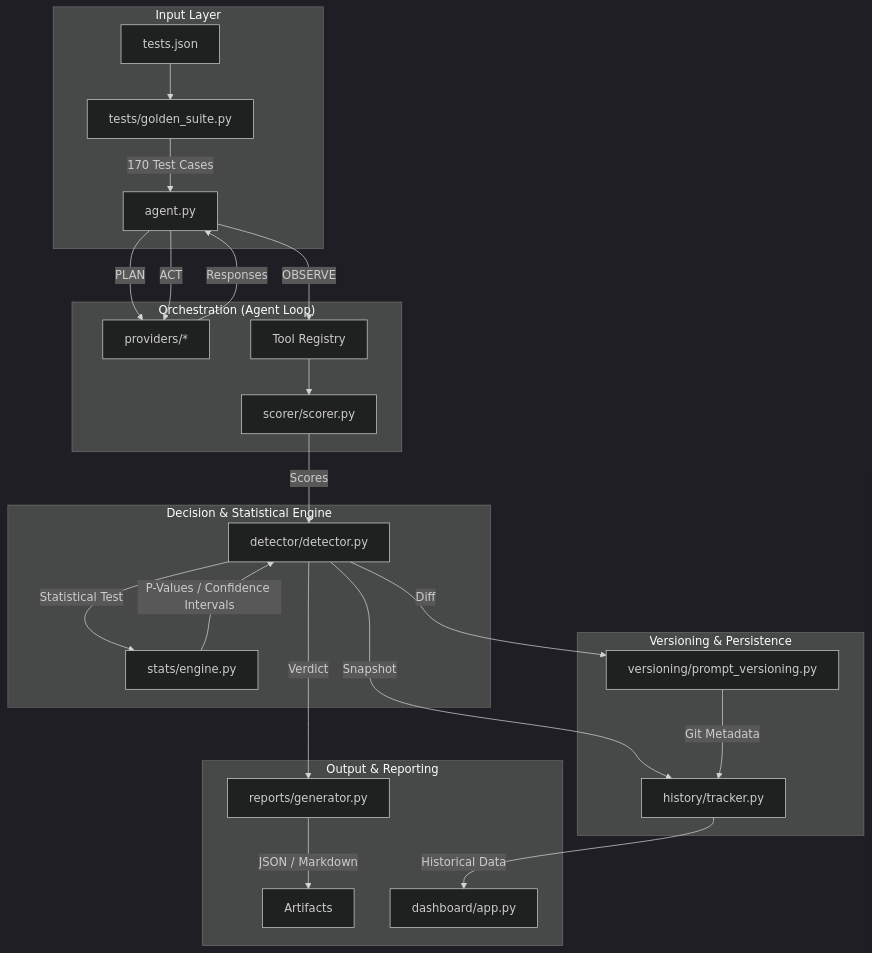
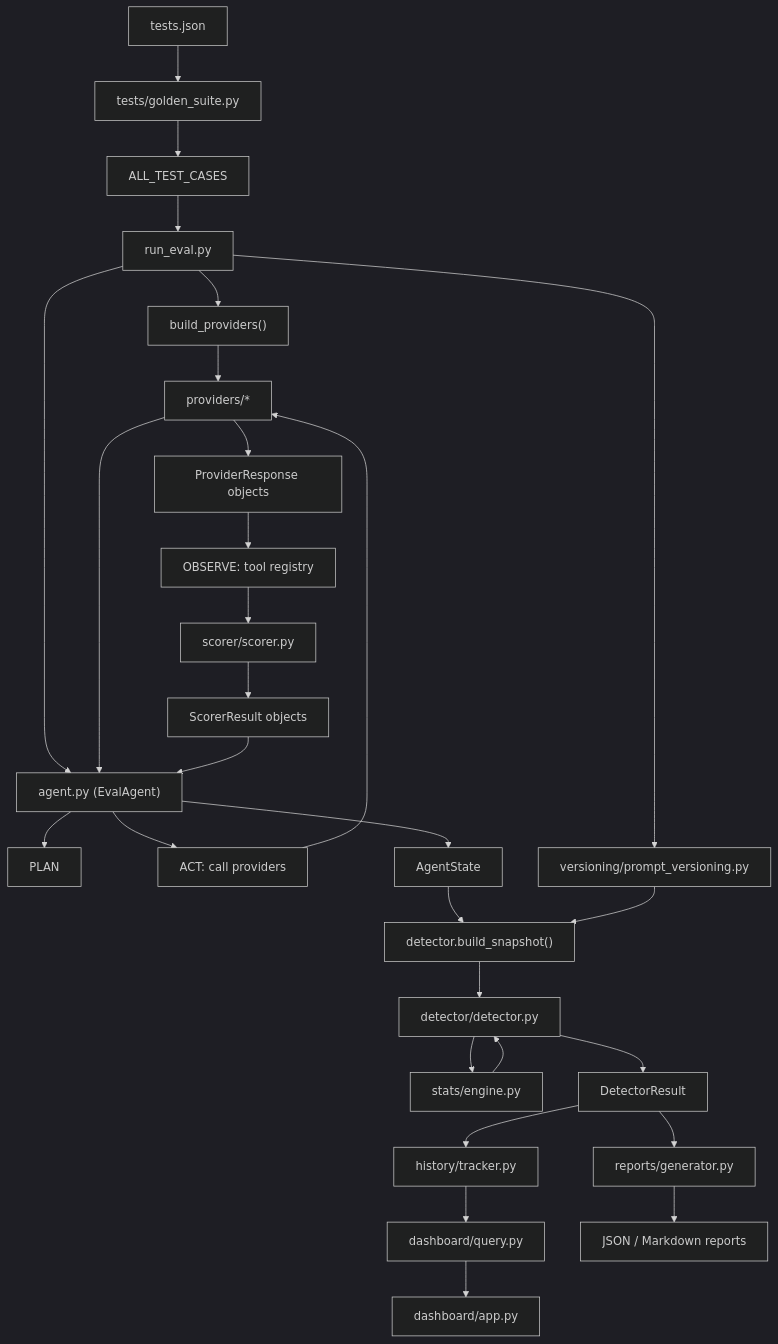
The diagram in README.md (aatreyipanchal/the-guard), drawn with Mermaid (dark theme) before and after one commit.

Commit message:
changes added

````diff
--- a/README.md
+++ b/README.md
@@ -89,33 +89,37 @@
 ```mermaid
 graph TD
-    subgraph "Input Layer"
-        TS["tests.json"] --> GS["tests/golden_suite.py"]
-        GS --> |"170 Test Cases"| AG["agent.py"]
-    end
+    TS["tests.json"] --> GS["tests/golden_suite.py"]
+    GS --> RTC["ALL_TEST_CASES"]
+    RTC --> RE["run_eval.py"]
 
-    subgraph "Orchestration (Agent Loop)"
-        AG --> |"PLAN"| PV["providers/*"]
-        AG --> |"ACT"| PV
-        PV --> |"Responses"| AG
-        AG --> |"OBSERVE"| TR["Tool Registry"]
-        TR --> SC["scorer/scorer.py"]
-    end
+    RE --> BP["build_providers()"]
+    BP --> PV["providers/*"]
 
-    subgraph "Decision & Statistical Engine"
-        SC --> |"Scores"| DT["detector/detector.py"]
-        DT --> |"Statistical Test"| SE["stats/engine.py"]
-        SE --> |"P-Values / Confidence Intervals"| DT
-    end
+    RE --> AG["agent.py (EvalAgent)"]
+    PV --> AG
+    AG --> PLAN["PLAN"]
+    AG --> ACT["ACT: call providers"]
+    ACT --> PV
+    PV --> RESP["ProviderResponse objects"]
+    RESP --> OBS["OBSERVE: tool registry"]
+    OBS --> SC["scorer/scorer.py"]
+    SC --> SCORES["ScorerResult objects"]
+    SCORES --> AG
 
-    subgraph "Versioning & Persistence"
-        DT --> |"Snapshot"| HS["history/tracker.py"]
-        DT --> |"Diff"| VP["versioning/prompt_versioning.py"]
-        VP --> |"Git Metadata"| HS
-    end
+    AG --> STATE["AgentState"]
+    STATE --> SNAP["detector.build_snapshot()"]
+    RE --> VP["versioning/prompt_versioning.py"]
+    VP --> SNAP
 
-    subgraph "Output & Reporting"
-        DT --> |"Verdict"| RG["reports/generator.py"]
-        RG --> |"JSON / Markdown"| Artifacts
-        HS --> |"Historical Data"| DB["dashboard/app.py"]
-    end
+    SNAP --> DT["detector/detector.py"]
+    DT --> SE["stats/engine.py"]
+    SE --> DT
+
+    DT --> DR["DetectorResult"]
+    DR --> HT["history/tracker.py"]
+    DR --> RG["reports/generator.py"]
+
+    HT --> DBQ["dashboard/query.py"]
+    DBQ --> DBA["dashboard/app.py"]
+    RG --> ART["JSON / Markdown reports"]
 ```
````
